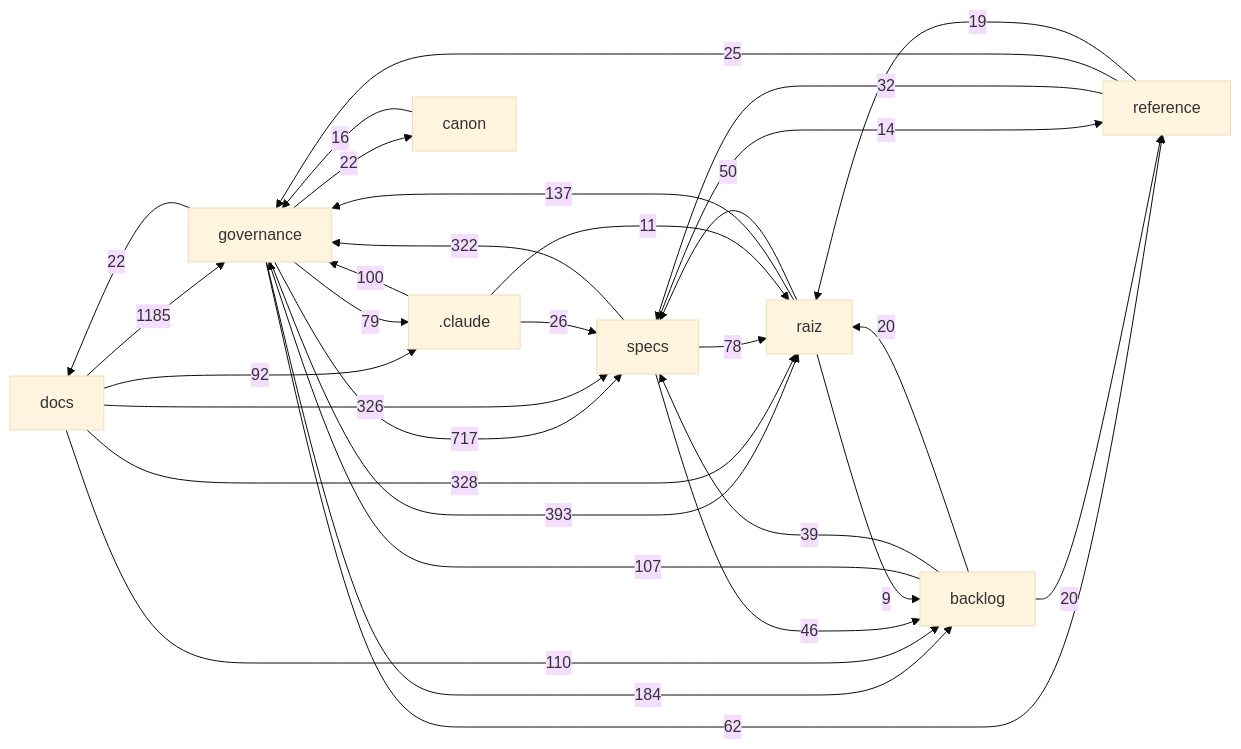
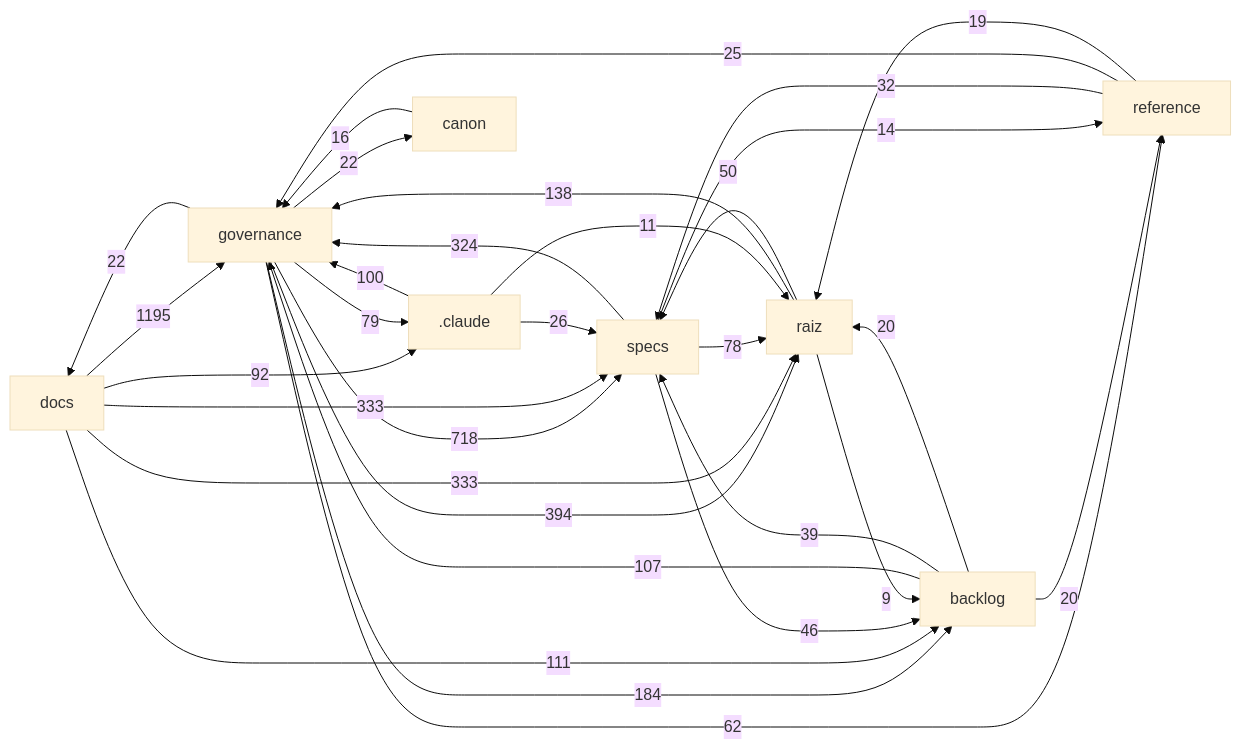
Before and after one commit to Andraus35/Sistema-Operacional-de-Trading--SOT: the diagram in docs/mapa/MAPA-PROJETO.md, drawn with Mermaid (base theme). The commit also changed other lines of this file and 6 other files, not shown here.

````diff
--- a/docs/mapa/MAPA-PROJETO.md
+++ b/docs/mapa/MAPA-PROJETO.md
@@ -29,33 +29,33 @@
 ```mermaid
 flowchart LR
-  docs["docs"] -->|1185| governance["governance"]
-  governance["governance"] -->|717| specs["specs"]
-  governance["governance"] -->|393| raiz["raiz"]
-  docs["docs"] -->|328| raiz["raiz"]
-  docs["docs"] -->|326| specs["specs"]
-  specs["specs"] -->|322| governance["governance"]
+  docs["docs"] -->|1195| governance["governance"]
+  governance["governance"] -->|718| specs["specs"]
+  governance["governance"] -->|394| raiz["raiz"]
+  docs["docs"] -->|333| raiz["raiz"]
+  docs["docs"] -->|333| specs["specs"]
+  specs["specs"] -->|324| governance["governance"]
   governance["governance"] -->|184| backlog["backlog"]
-  raiz["raiz"] -->|137| governance["governance"]
-  docs["docs"] -->|110| backlog["backlog"]
+  raiz["raiz"] -->|138| governance["governance"]
+  docs["docs"] -->|111| backlog["backlog"]
   backlog["backlog"] -->|107| governance["governance"]
   _claude[".claude"] -->|100| governance["governance"]
   docs["docs"] -->|92| _claude[".claude"]
   governance["governance"] -->|79| _claude[".claude"]
   specs["specs"] -->|78| raiz["raiz"]
   governance["governance"] -->|62| reference["reference"]
   raiz["raiz"] -->|50| specs["specs"]
   specs["specs"] -->|46| backlog["backlog"]
   backlog["backlog"] -->|39| specs["specs"]
   reference["reference"] -->|32| specs["specs"]
   _claude[".claude"] -->|26| specs["specs"]
   reference["reference"] -->|25| governance["governance"]
   governance["governance"] -->|22| docs["docs"]
   governance["governance"] -->|22| canon["canon"]
   backlog["backlog"] -->|20| raiz["raiz"]
   backlog["backlog"] -->|20| reference["reference"]
   reference["reference"] -->|19| raiz["raiz"]
   canon["canon"] -->|16| governance["governance"]
   specs["specs"] -->|14| reference["reference"]
   _claude[".claude"] -->|11| raiz["raiz"]
   raiz["raiz"] -->|9| backlog["backlog"]
 ```
````
